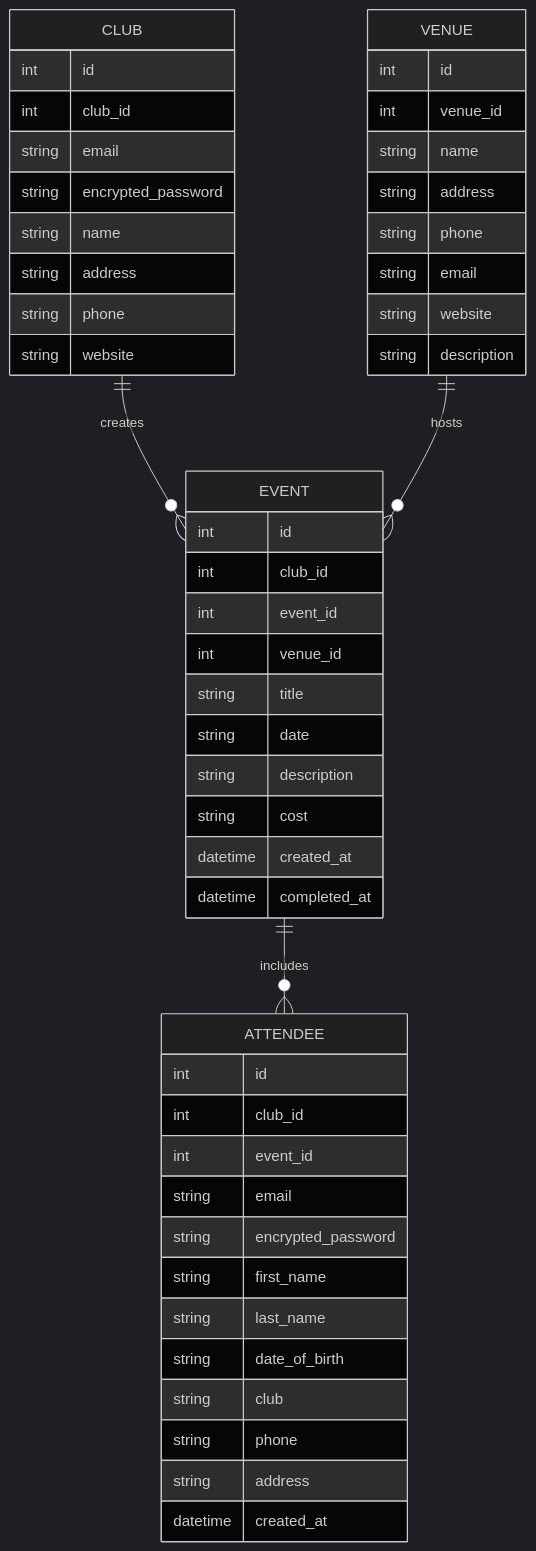
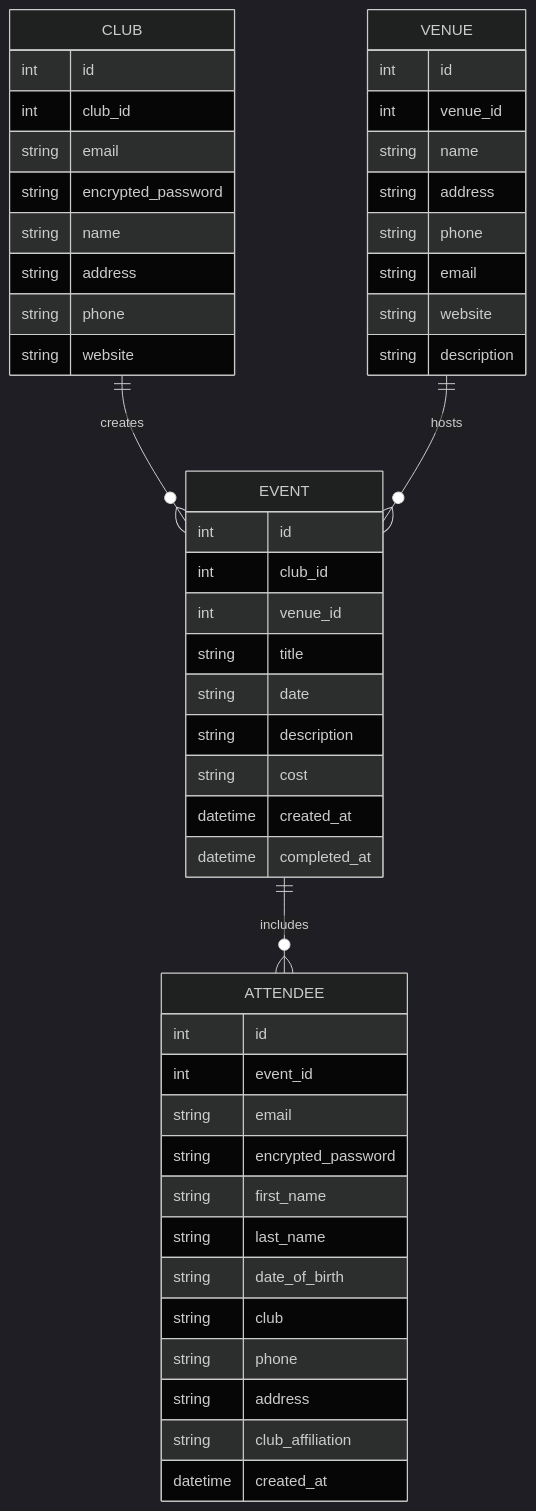
Before and after one commit to wildintu/scene: the second of 2 diagrams in README.md, drawn with Mermaid (dark theme).

Commit message:
remove event_id from event table. remove club_id from attendee table. add club_affiliation to attendee table.

````diff
--- a/README.md
+++ b/README.md
@@ -13,52 +13,51 @@
 ```mermaid
     erDiagram
         CLUB ||--o{ EVENT : creates
         CLUB {
             int id
             int club_id
             string email
             string encrypted_password
             string name
             string address
             string phone
             string website
         }
         VENUE ||--o{ EVENT : hosts
         VENUE {
             int id
             int venue_id
             string name
             string address
             string phone
             string email
             string website
             string description
         }
         EVENT ||--o{ ATTENDEE : includes
         EVENT {
             int id
             int club_id
-            int event_id
             int venue_id
             string title
             string date
             string description
             string cost
             datetime created_at
             datetime completed_at
         }
         ATTENDEE {
             int id
-            int club_id
             int event_id
             string email
             string encrypted_password
             string first_name
             string last_name
             string date_of_birth
             string club
             string phone
             string address
+            string club_affiliation
             datetime created_at
         }
 ```
````
